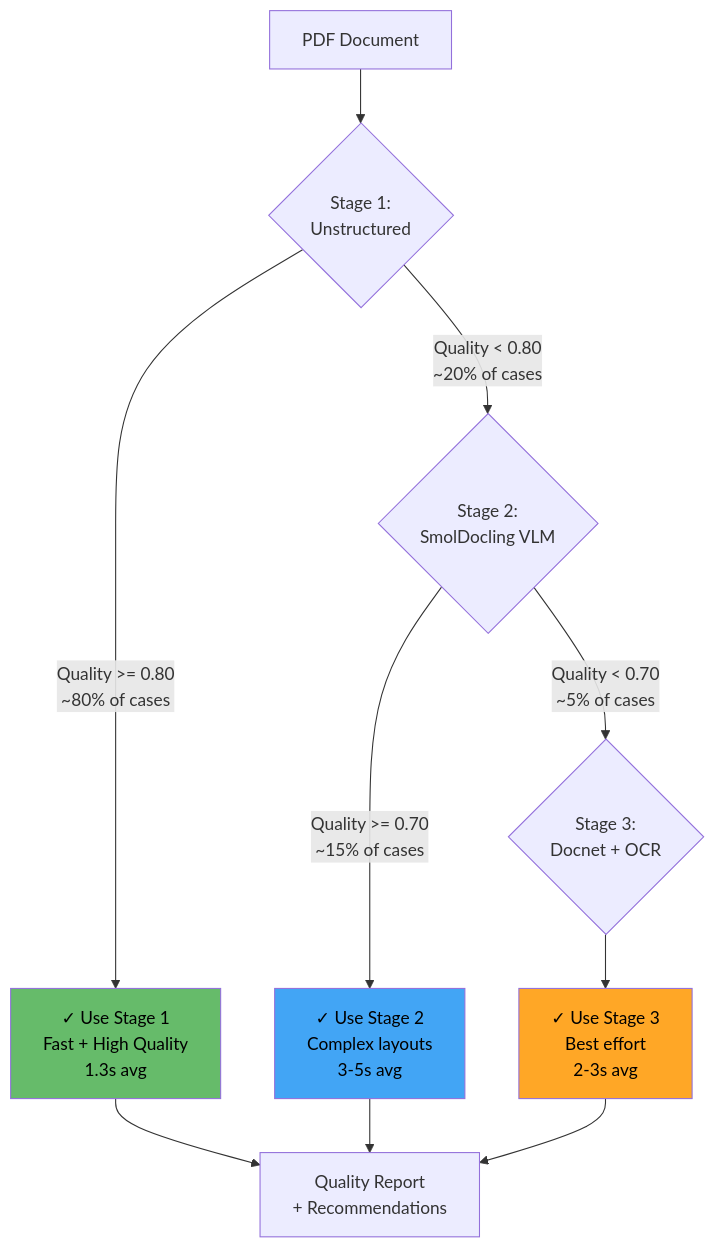
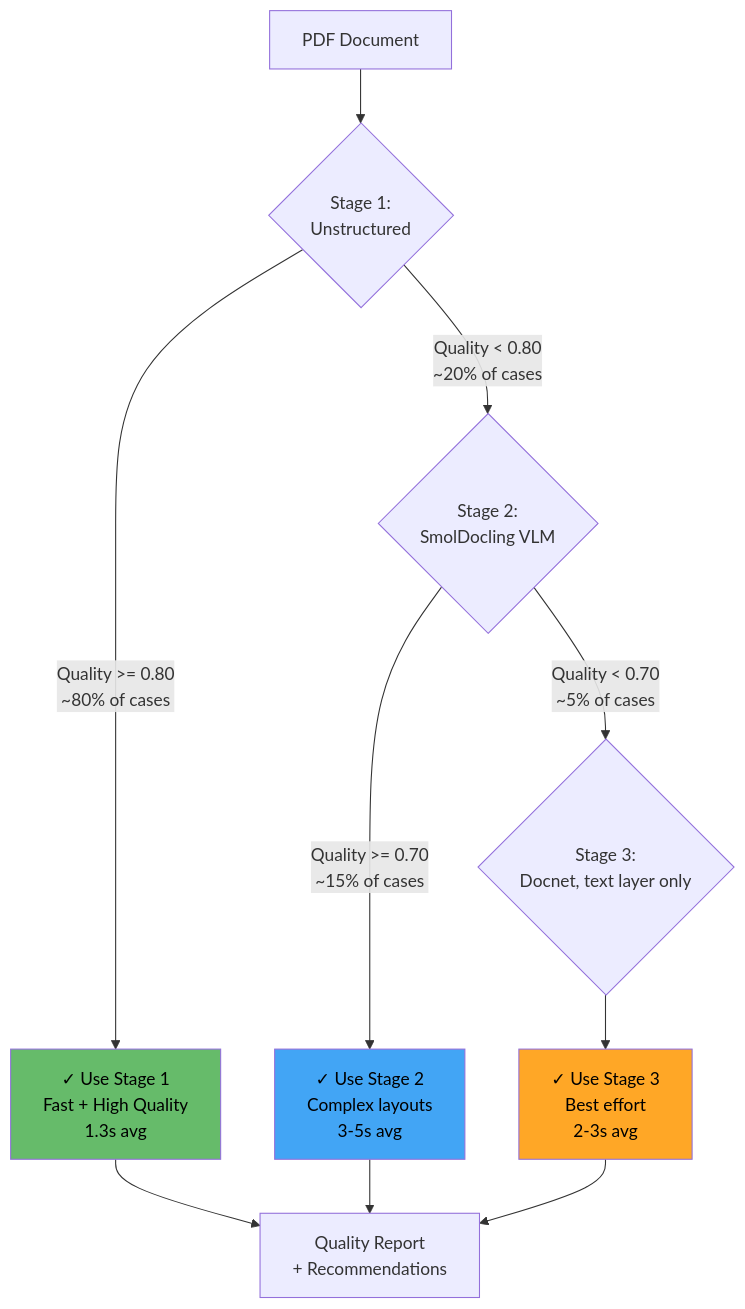
The second of 8 diagrams in docs/for-claude/architecture/diagrams/pdf-pipeline-detailed.md (meepleAi-app/meepleai-monorepo), drawn with Mermaid before and after one commit. The commit also changed other lines of this file and 3 other files, not shown here.

First line of the commit message:
docs(pdf): Docnet non fa OCR nei diagrammi della pipeline (#4437)

````diff
--- a/docs/for-claude/architecture/diagrams/pdf-pipeline-detailed.md
+++ b/docs/for-claude/architecture/diagrams/pdf-pipeline-detailed.md
@@ -132,22 +123,22 @@
 ```mermaid
 flowchart TD
     PDF[PDF Document] --> Stage1{Stage 1:<br/>Unstructured}
 
     Stage1 -->|Quality >= 0.80<br/>~80% of cases| Done1[✓ Use Stage 1<br/>Fast + High Quality<br/>1.3s avg]
 
     Stage1 -->|Quality < 0.80<br/>~20% of cases| Stage2{Stage 2:<br/>SmolDocling VLM}
 
     Stage2 -->|Quality >= 0.70<br/>~15% of cases| Done2[✓ Use Stage 2<br/>Complex layouts<br/>3-5s avg]
 
-    Stage2 -->|Quality < 0.70<br/>~5% of cases| Stage3{Stage 3:<br/>Docnet + OCR}
+    Stage2 -->|Quality < 0.70<br/>~5% of cases| Stage3{Stage 3:<br/>Docnet, text layer only}
 
     Stage3 --> Done3[✓ Use Stage 3<br/>Best effort<br/>2-3s avg]
 
     Done1 --> Report[Quality Report<br/>+ Recommendations]
     Done2 --> Report
     Done3 --> Report
 
     style Done1 fill:#66bb6a,color:#000
     style Done2 fill:#42a5f5,color:#000
     style Done3 fill:#ffa726,color:#000
 ```
````
